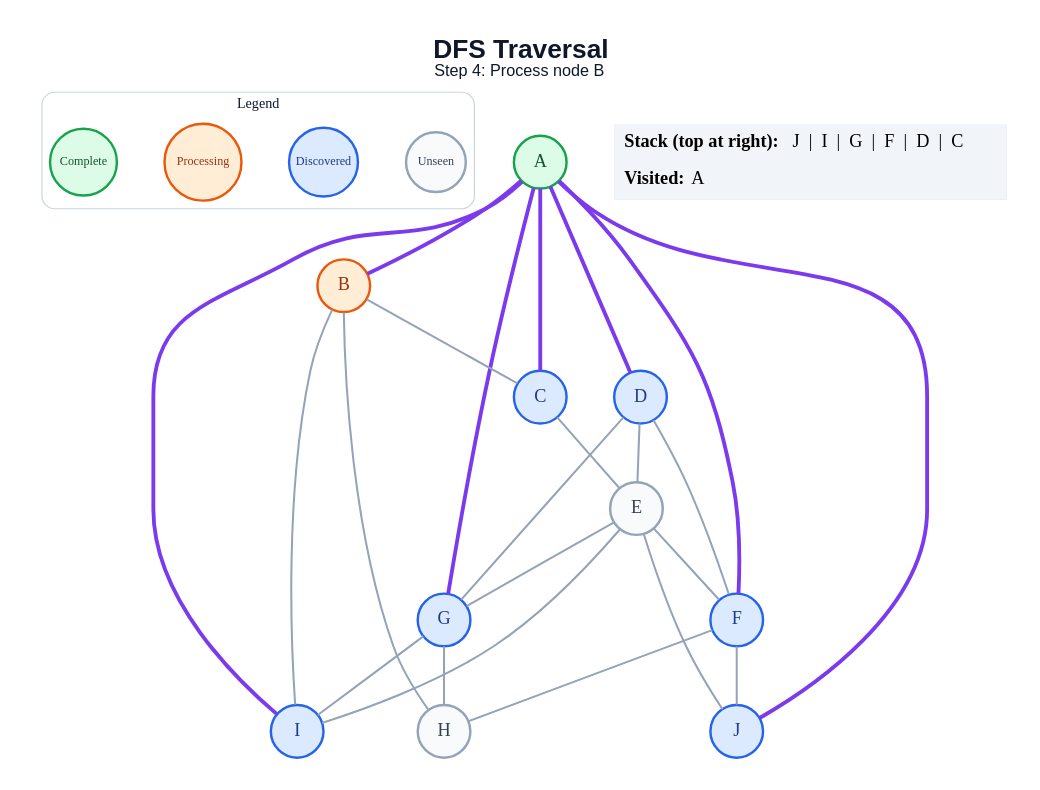
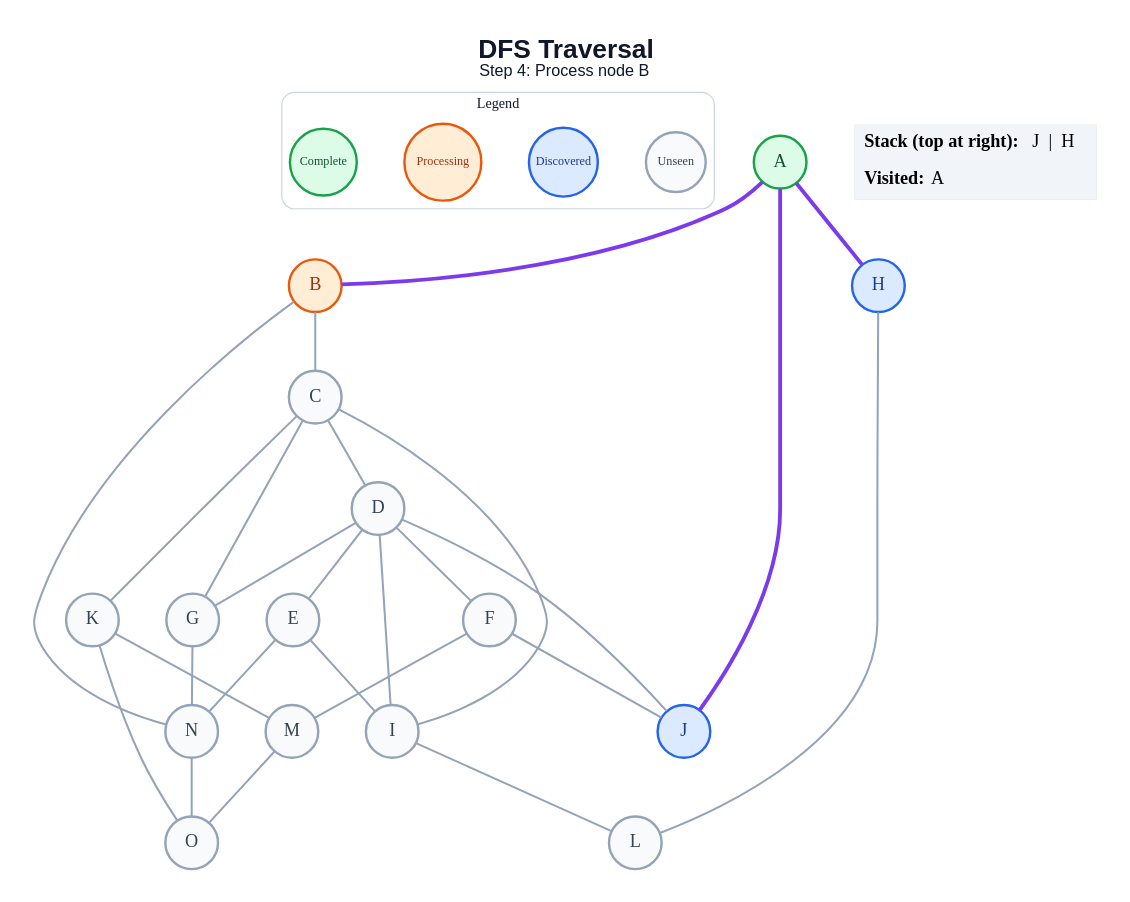
One commit to anon7238593-create/ai-slop changed the diagram in generated/dfs/step_04.dot. Above: the diagram before and after it, drawn with Graphviz. The commit also changed 268 other files, not shown here.

```diff
--- a/generated/dfs/step_04.dot
+++ b/generated/dfs/step_04.dot
@@ -1,51 +1,59 @@
 graph traversal {
   graph [layout=dot, rankdir=TB, bgcolor="#FFFFFF", pad="0.35", nodesep="0.65", ranksep="0.8", fontname="Arial"];
   node [shape=circle, style="filled", fontname="Arial Bold", fontsize=18, width=0.72, fixedsize=true, penwidth=2.4];
   edge [color="#94A3B8", penwidth=2.0];
   label=<<B>DFS Traversal</B><BR/><FONT POINT-SIZE="16">Step 4: Process node B</FONT>>; labelloc="t"; fontsize=26; fontname="Arial"; fontcolor="#0F172A";
   subgraph cluster_legend { label="Legend"; color="#CBD5E1"; penwidth=1.2; style="rounded"; fontsize=14; fontname="Arial Bold";
     key_unseen [label="Unseen", fillcolor="#F8FAFC", color="#94A3B8", fontcolor="#334155", fontsize=12, width=0.82];
     key_frontier [label="Discovered", fillcolor="#DBEAFE", color="#2563EB", fontcolor="#1E3A8A", fontsize=12, width=0.95];
     key_current [label="Processing", fillcolor="#FFEDD5", color="#EA580C", fontcolor="#9A3412", fontsize=12, width=1.05];
     key_done [label="Complete", fillcolor="#DCFCE7", color="#16A34A", fontcolor="#14532D", fontsize=12, width=0.92];
     { rank=same; key_unseen; key_frontier; key_current; key_done; }
   }
   A [fillcolor="#DCFCE7", color="#16A34A", fontcolor="#14532D"];
   B [fillcolor="#FFEDD5", color="#EA580C", fontcolor="#9A3412"];
-  C [fillcolor="#DBEAFE", color="#2563EB", fontcolor="#1E3A8A"];
-  D [fillcolor="#DBEAFE", color="#2563EB", fontcolor="#1E3A8A"];
+  C [fillcolor="#F8FAFC", color="#94A3B8", fontcolor="#334155"];
+  D [fillcolor="#F8FAFC", color="#94A3B8", fontcolor="#334155"];
   E [fillcolor="#F8FAFC", color="#94A3B8", fontcolor="#334155"];
-  F [fillcolor="#DBEAFE", color="#2563EB", fontcolor="#1E3A8A"];
-  G [fillcolor="#DBEAFE", color="#2563EB", fontcolor="#1E3A8A"];
-  H [fillcolor="#F8FAFC", color="#94A3B8", fontcolor="#334155"];
-  I [fillcolor="#DBEAFE", color="#2563EB", fontcolor="#1E3A8A"];
+  F [fillcolor="#F8FAFC", color="#94A3B8", fontcolor="#334155"];
+  G [fillcolor="#F8FAFC", color="#94A3B8", fontcolor="#334155"];
+  H [fillcolor="#DBEAFE", color="#2563EB", fontcolor="#1E3A8A"];
+  I [fillcolor="#F8FAFC", color="#94A3B8", fontcolor="#334155"];
   J [fillcolor="#DBEAFE", color="#2563EB", fontcolor="#1E3A8A"];
+  K [fillcolor="#F8FAFC", color="#94A3B8", fontcolor="#334155"];
+  L [fillcolor="#F8FAFC", color="#94A3B8", fontcolor="#334155"];
+  M [fillcolor="#F8FAFC", color="#94A3B8", fontcolor="#334155"];
+  N [fillcolor="#F8FAFC", color="#94A3B8", fontcolor="#334155"];
+  O [fillcolor="#F8FAFC", color="#94A3B8", fontcolor="#334155"];
   A -- B [color="#7C3AED", penwidth=3.8];
-  A -- C [color="#7C3AED", penwidth=3.8];
-  A -- D [color="#7C3AED", penwidth=3.8];
-  A -- F [color="#7C3AED", penwidth=3.8];
-  A -- G [color="#7C3AED", penwidth=3.8];
-  A -- I [color="#7C3AED", penwidth=3.8];
+  A -- H [color="#7C3AED", penwidth=3.8];
   A -- J [color="#7C3AED", penwidth=3.8];
   B -- C;
-  B -- H;
-  B -- I;
-  C -- E;
+  B -- N;
+  C -- D;
+  C -- G;
+  C -- I;
+  C -- K;
   D -- E;
   D -- F;
   D -- G;
-  E -- F;
-  E -- G;
+  D -- I;
+  D -- J;
   E -- I;
-  E -- J;
-  F -- H;
+  E -- N;
   F -- J;
-  G -- H;
-  G -- I;
+  F -- M;
+  G -- N;
+  H -- L;
+  I -- L;
+  K -- M;
+  K -- O;
+  M -- O;
+  N -- O;
   status [shape=plain, fixedsize=false, width=0, height=0, margin=0, label=<
     <TABLE BORDER="0" CELLBORDER="0" CELLPADDING="7" BGCOLOR="#F1F5F9">
-      <TR><TD ALIGN="LEFT"><B>Stack (top at right):</B> J  |  I  |  G  |  F  |  D  |  C</TD></TR>
+      <TR><TD ALIGN="LEFT"><B>Stack (top at right):</B> J  |  H</TD></TR>
       <TR><TD ALIGN="LEFT"><B>Visited:</B> A</TD></TR>
     </TABLE>
   >];
 }
```
